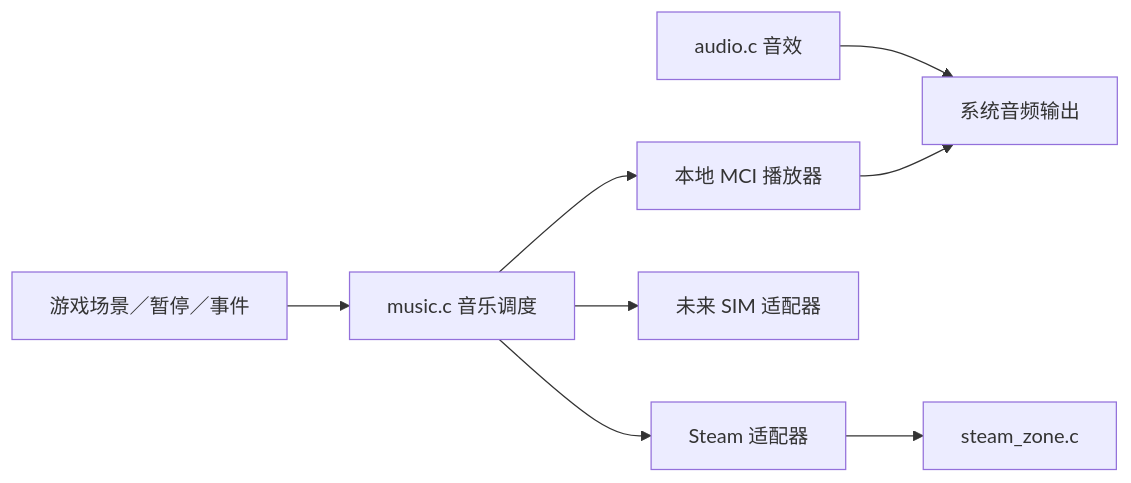
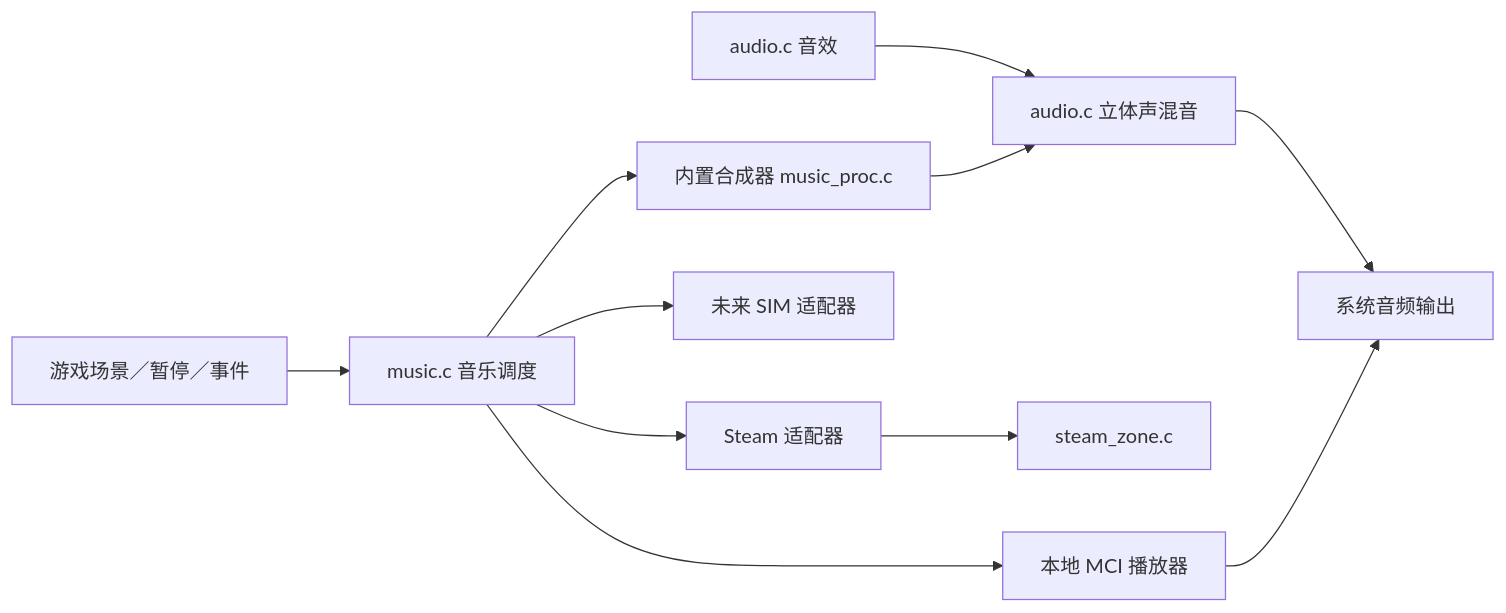
The diagram in docs/music_protocol.md (sakurapipi/CANITY), drawn with Mermaid before and after one commit. The commit also changed other lines of this file and 45 other files, not shown here.

````diff
--- a/docs/music_protocol.md
+++ b/docs/music_protocol.md
@@ -22,10 +41,13 @@
 ```mermaid
 flowchart LR
   Game[游戏场景／暂停／事件] --> Director[music.c 音乐调度]
   Director --> Local[本地 MCI 播放器]
+  Director --> Builtin[内置合成器 music_proc.c]
   Director --> Steam[Steam 适配器]
   Director --> SIM[未来 SIM 适配器]
   Steam --> Zone[steam_zone.c]
-  FX[audio.c 音效] --> Output[系统音频输出]
+  FX[audio.c 音效] --> Mixer[audio.c 立体声混音]
+  Builtin --> Mixer
+  Mixer --> Output[系统音频输出]
   Local --> Output
 ```
````
